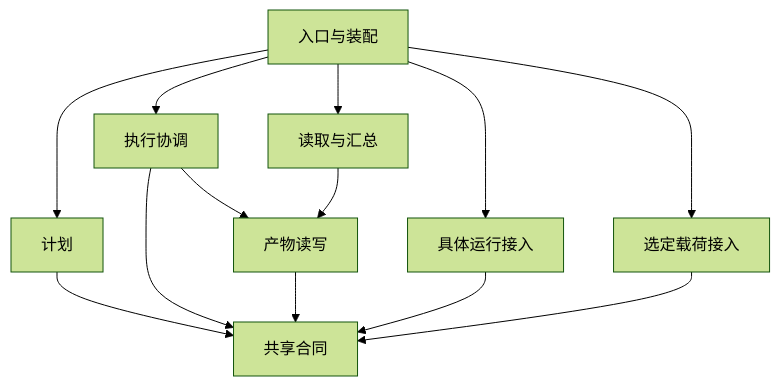
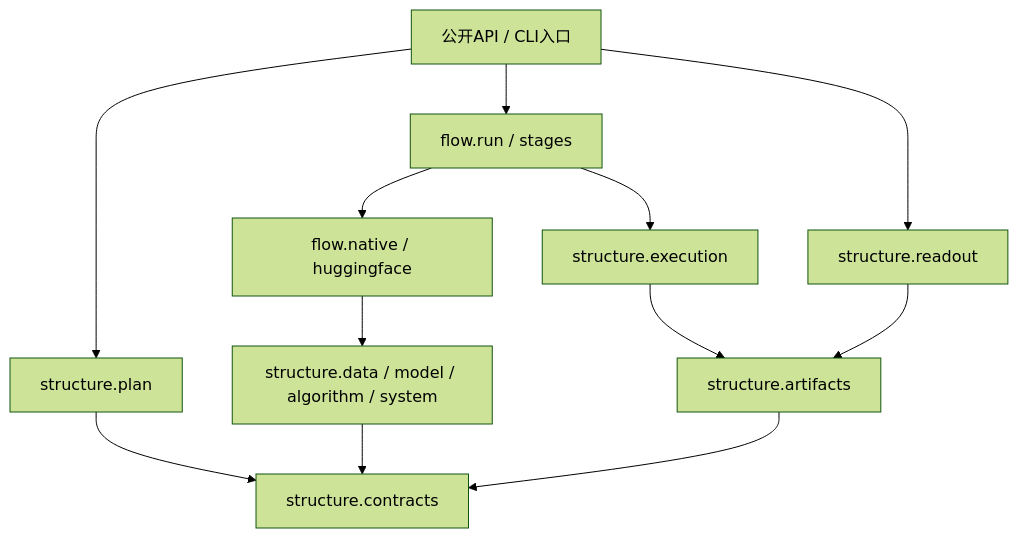
The second of 4 diagrams in docs/研究流水线 架构设计.md (DreamSoul-AI/RPipe), drawn with Mermaid (forest theme) before and after one commit. The commit also changed other lines of this file and 143 other files, not shown here.

First line of the commit message:
fix: restore structure and flow architecture boundaries

````diff
--- a/docs/研究流水线 架构设计.md
+++ b/docs/研究流水线 架构设计.md
@@ -47,15 +49,14 @@
 ```mermaid
 flowchart TB
-    BOOT[入口与装配] --> PLAN[计划]
-    BOOT --> FLOW[执行协调]
-    BOOT --> READ[读取与汇总]
-    BOOT --> EXEC[具体运行接入]
-    BOOT --> PAYLOAD[选定载荷接入]
-    FLOW --> PORT[共享合同]
-    PLAN --> PORT
-    EXEC --> PORT
-    PAYLOAD --> PORT
-    READ --> ART[产物读写]
-    FLOW --> ART
-    ART --> PORT
+    BOOT[公开API / CLI入口] --> PLAN[structure.plan]
+    BOOT --> FLOW[flow.run / stages]
+    BOOT --> READ[structure.readout]
+    FLOW --> ASSEMBLY[flow.native / huggingface]
+    FLOW --> EXEC[structure.execution]
+    ASSEMBLY --> SCI[structure.data / model / algorithm / system]
+    PLAN --> CONTRACT[structure.contracts]
+    SCI --> CONTRACT
+    READ --> ART[structure.artifacts]
+    EXEC --> ART
+    ART --> CONTRACT
 ```
````
